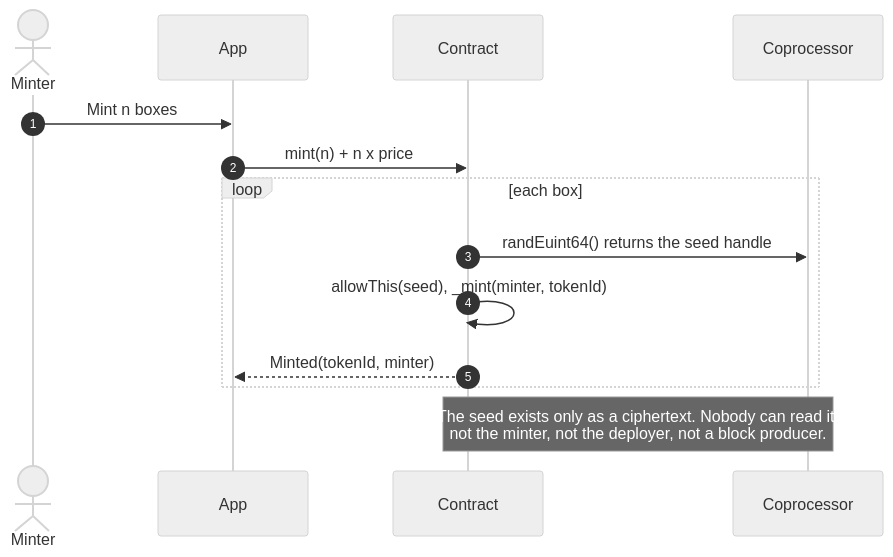
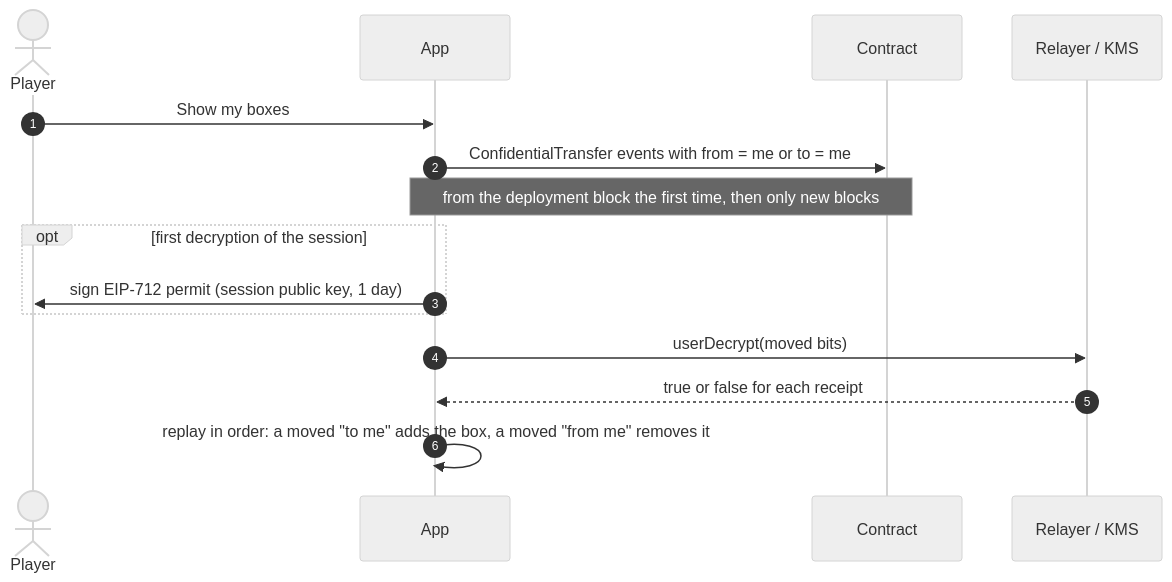
Before and after one commit to jecombe/do_not_open: the second of 19 diagrams in docs/FLOWS.md, drawn with Mermaid (neutral theme). The commit also changed other lines of this file and 25 other files, not shown here.

````diff
--- a/docs/FLOWS.md
+++ b/docs/FLOWS.md
@@ -17,16 +68,17 @@
 ```mermaid
 sequenceDiagram
   autonumber
-  actor U as Minter
+  actor U as Player
   participant App
   participant C as Contract
-  participant Co as Coprocessor
-  U->>App: Mint n boxes
-  App->>C: mint(n) + n x price
-  loop each box
-    C->>Co: randEuint64() returns the seed handle
-    C->>C: allowThis(seed), _mint(minter, tokenId)
-    C-->>App: Minted(tokenId, minter)
+  participant R as Relayer / KMS
+  U->>App: Show my boxes
+  App->>C: ConfidentialTransfer events with from = me or to = me
+  Note over App,C: from the deployment block the first time, then only new blocks
+  opt first decryption of the session
+    App->>U: sign EIP-712 permit (session public key, 1 day)
   end
-  Note over C,Co: The seed exists only as a ciphertext. Nobody can read it:<br/>not the minter, not the deployer, not a block producer.
+  App->>R: userDecrypt(moved bits)
+  R-->>App: true or false for each receipt
+  App->>App: replay in order: a moved "to me" adds the box, a moved "from me" removes it
 ```
````
